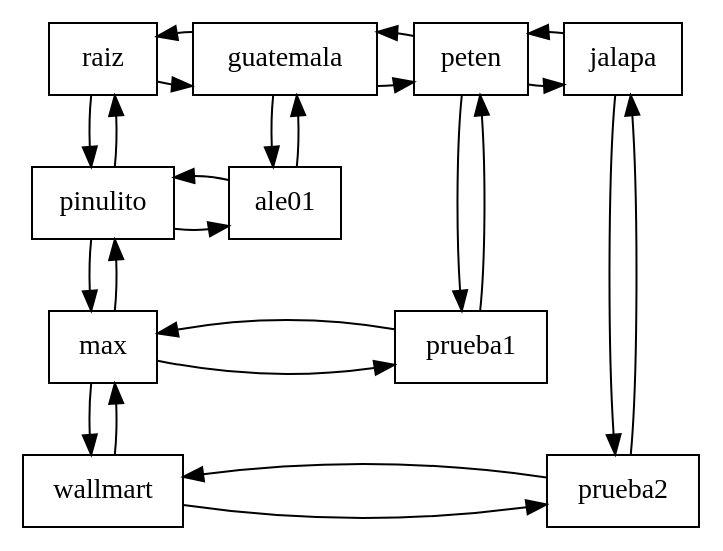
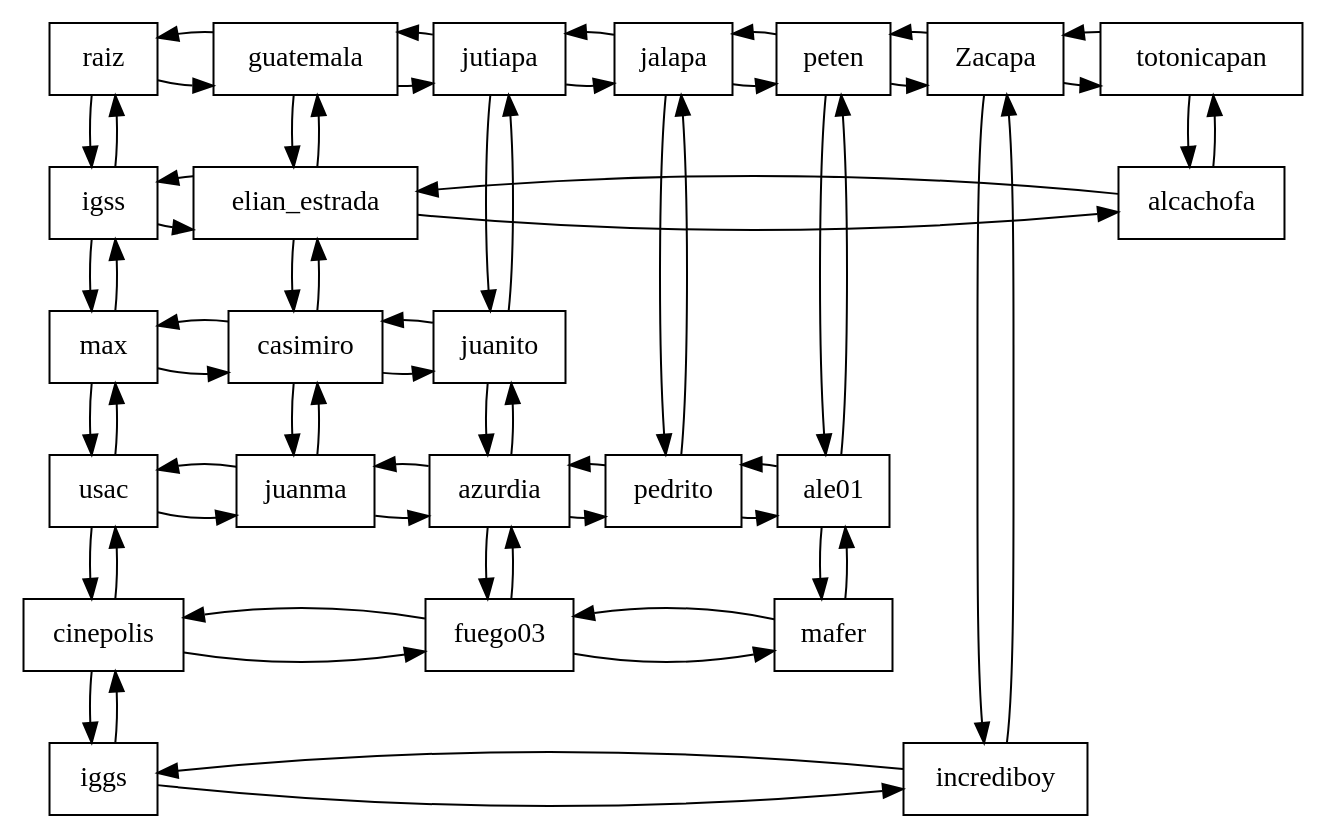
The diagram in Proyecto1/matriz.dot (SaMuEl23PaJoC23/proyecto1_EDD_2S_Diciembre), drawn with Graphviz before and after one commit. The commit also changed 9 other files, not shown here.

```diff
--- a/Proyecto1/matriz.dot
+++ b/Proyecto1/matriz.dot
@@ -1,62 +1,144 @@
 digraph G {
     node[shape="box"] 
 
 Nodo0_0[label = "raiz", group = "0"]
 Nodo0_0->Nodo1_0
 Nodo0_0->Nodo1_0[dir = back] 
 
 Nodo0_0->Nodo0_1
 Nodo0_0->Nodo0_1[dir = back] 
 
 Nodo1_0[label = "guatemala", group = "1"]
 Nodo1_0->Nodo2_0
 Nodo1_0->Nodo2_0[dir = back] 
 
 Nodo1_0->Nodo1_1
 Nodo1_0->Nodo1_1[dir = back] 
 
-Nodo2_0[label = "peten", group = "2"]
+Nodo2_0[label = "jutiapa", group = "2"]
 Nodo2_0->Nodo3_0
 Nodo2_0->Nodo3_0[dir = back] 
 
 Nodo2_0->Nodo2_2
 Nodo2_0->Nodo2_2[dir = back] 
 
 Nodo3_0[label = "jalapa", group = "3"]
+Nodo3_0->Nodo4_0
+Nodo3_0->Nodo4_0[dir = back] 
+
 Nodo3_0->Nodo3_3
 Nodo3_0->Nodo3_3[dir = back] 
 
-{rank=same;Nodo0_0;Nodo1_0;Nodo2_0;Nodo3_0}
+Nodo4_0[label = "peten", group = "4"]
+Nodo4_0->Nodo5_0
+Nodo4_0->Nodo5_0[dir = back] 
+
+Nodo4_0->Nodo4_3
+Nodo4_0->Nodo4_3[dir = back] 
+
+Nodo5_0[label = "Zacapa", group = "5"]
+Nodo5_0->Nodo6_0
+Nodo5_0->Nodo6_0[dir = back] 
+
+Nodo5_0->Nodo5_5
+Nodo5_0->Nodo5_5[dir = back] 
+
+Nodo6_0[label = "totonicapan", group = "6"]
+Nodo6_0->Nodo6_1
+Nodo6_0->Nodo6_1[dir = back] 
+
+{rank=same;Nodo0_0;Nodo1_0;Nodo2_0;Nodo3_0;Nodo4_0;Nodo5_0;Nodo6_0}
 
 
-Nodo0_1[label = "pinulito", group = "0"]
+Nodo0_1[label = "igss", group = "0"]
 Nodo0_1->Nodo1_1
 Nodo0_1->Nodo1_1[dir = back] 
 
 Nodo0_1->Nodo0_2
 Nodo0_1->Nodo0_2[dir = back] 
 
-Nodo1_1[label = "ale01", group = "1"]
-{rank=same;Nodo0_1;Nodo1_1}
+Nodo1_1[label = "elian_estrada", group = "1"]
+Nodo1_1->Nodo6_1
+Nodo1_1->Nodo6_1[dir = back] 
+
+Nodo1_1->Nodo1_2
+Nodo1_1->Nodo1_2[dir = back] 
+
+Nodo6_1[label = "alcachofa", group = "6"]
+{rank=same;Nodo0_1;Nodo1_1;Nodo6_1}
 
 
 Nodo0_2[label = "max", group = "0"]
-Nodo0_2->Nodo2_2
-Nodo0_2->Nodo2_2[dir = back] 
+Nodo0_2->Nodo1_2
+Nodo0_2->Nodo1_2[dir = back] 
 
 Nodo0_2->Nodo0_3
 Nodo0_2->Nodo0_3[dir = back] 
 
-Nodo2_2[label = "prueba1", group = "2"]
-{rank=same;Nodo0_2;Nodo2_2}
+Nodo1_2[label = "casimiro", group = "1"]
+Nodo1_2->Nodo2_2
+Nodo1_2->Nodo2_2[dir = back] 
+
+Nodo1_2->Nodo1_3
+Nodo1_2->Nodo1_3[dir = back] 
+
+Nodo2_2[label = "juanito", group = "2"]
+Nodo2_2->Nodo2_3
+Nodo2_2->Nodo2_3[dir = back] 
+
+{rank=same;Nodo0_2;Nodo1_2;Nodo2_2}
 
 
-Nodo0_3[label = "wallmart", group = "0"]
-Nodo0_3->Nodo3_3
-Nodo0_3->Nodo3_3[dir = back] 
+Nodo0_3[label = "usac", group = "0"]
+Nodo0_3->Nodo1_3
+Nodo0_3->Nodo1_3[dir = back] 
 
-Nodo3_3[label = "prueba2", group = "3"]
-{rank=same;Nodo0_3;Nodo3_3}
+Nodo0_3->Nodo0_4
+Nodo0_3->Nodo0_4[dir = back] 
+
+Nodo1_3[label = "juanma", group = "1"]
+Nodo1_3->Nodo2_3
+Nodo1_3->Nodo2_3[dir = back] 
+
+Nodo2_3[label = "azurdia", group = "2"]
+Nodo2_3->Nodo3_3
+Nodo2_3->Nodo3_3[dir = back] 
+
+Nodo2_3->Nodo2_4
+Nodo2_3->Nodo2_4[dir = back] 
+
+Nodo3_3[label = "pedrito", group = "3"]
+Nodo3_3->Nodo4_3
+Nodo3_3->Nodo4_3[dir = back] 
+
+Nodo4_3[label = "ale01", group = "4"]
+Nodo4_3->Nodo4_4
+Nodo4_3->Nodo4_4[dir = back] 
+
+{rank=same;Nodo0_3;Nodo1_3;Nodo2_3;Nodo3_3;Nodo4_3}
+
+
+Nodo0_4[label = "cinepolis", group = "0"]
+Nodo0_4->Nodo2_4
+Nodo0_4->Nodo2_4[dir = back] 
+
+Nodo0_4->Nodo0_5
+Nodo0_4->Nodo0_5[dir = back] 
+
+Nodo2_4[label = "fuego03", group = "2"]
+Nodo2_4->Nodo4_4
+Nodo2_4->Nodo4_4[dir = back] 
+
+Nodo4_4[label = "mafer", group = "4"]
+{rank=same;Nodo0_4;Nodo2_4;Nodo4_4}
+
+
+Nodo0_5[label = "iggs", group = "0"]
+Nodo0_5->Nodo5_5
+Nodo0_5->Nodo5_5[dir = back] 
+
+Nodo5_5[label = "incrediboy", group = "5"]
+{rank=same;Nodo0_5;Nodo5_5}
 
 
 }
```
